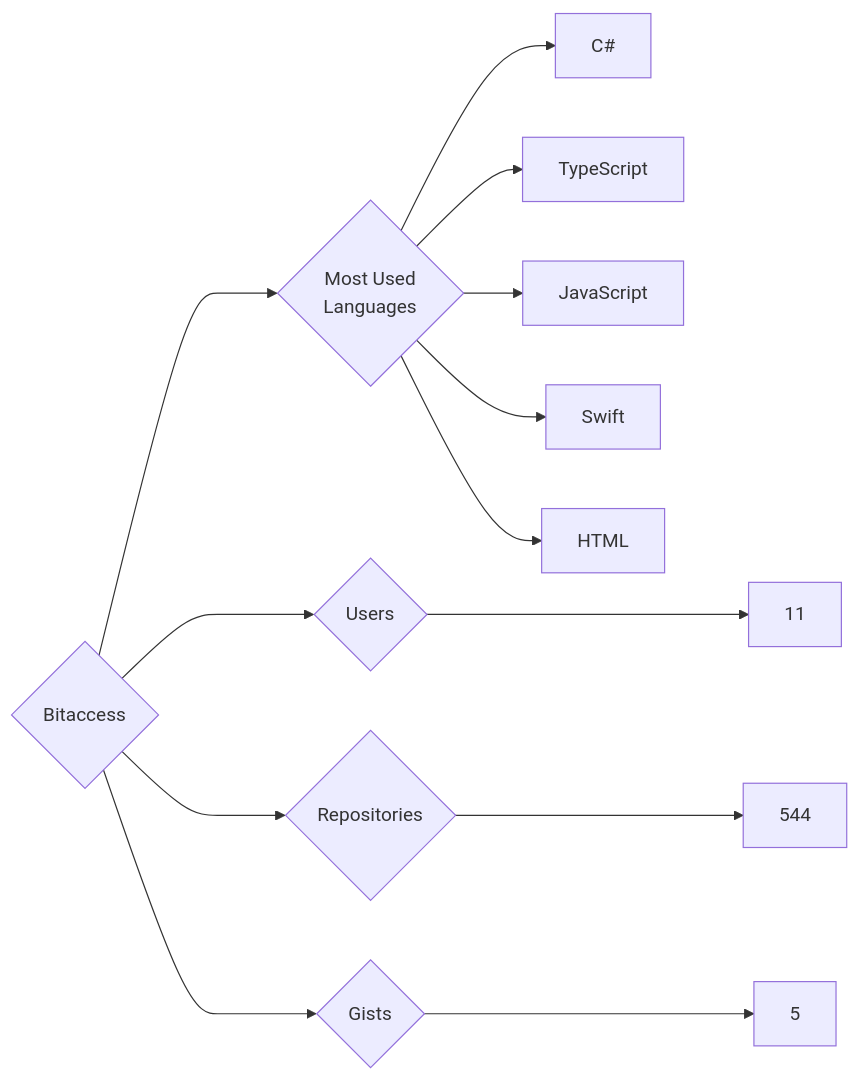
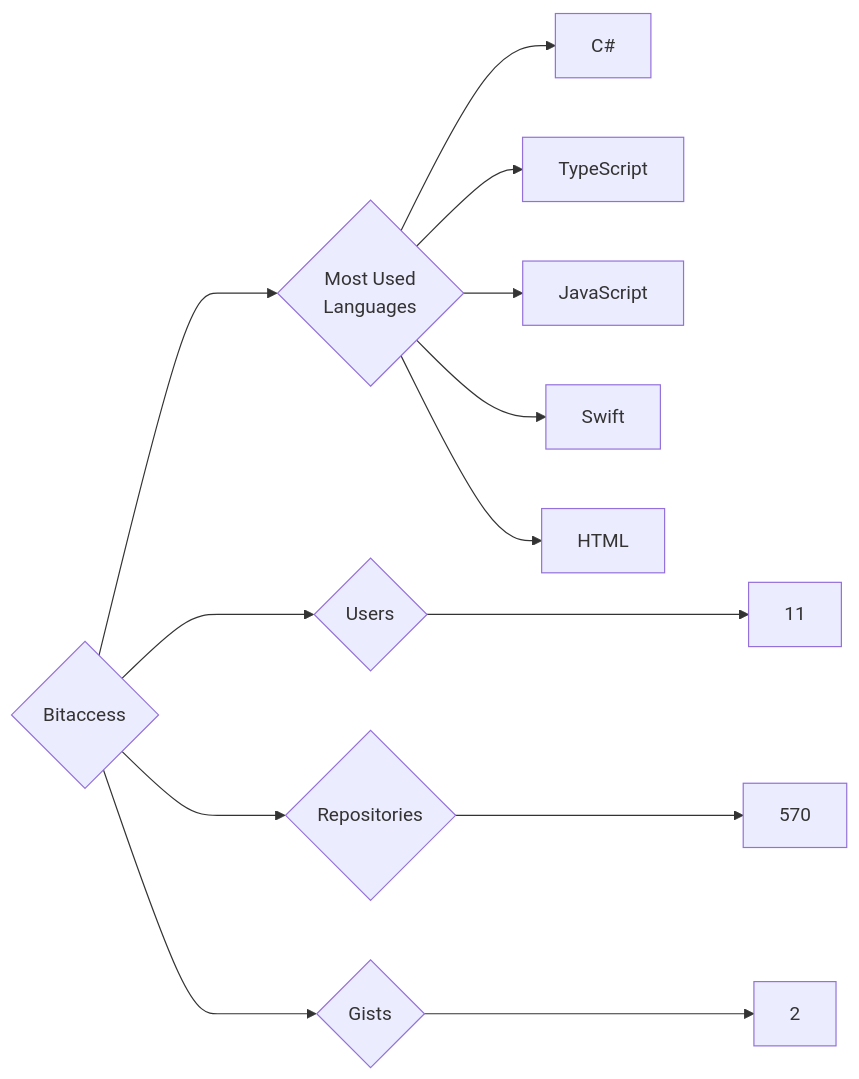
Before and after one commit to trickest/insiders: the diagram in targets/Bitaccess/README.md, drawn with Mermaid. The commit also changed 1055 other files, not shown here.

````diff
--- a/targets/Bitaccess/README.md
+++ b/targets/Bitaccess/README.md
@@ -3,13 +3,13 @@
 ```mermaid
 graph LR
 COMPANY_NAME{Bitaccess}
 COMPANY_NAME ---> U{Users} ---> UN[11]
-COMPANY_NAME ---> R{Repositories} ---> RN[544]
-COMPANY_NAME ---> G{Gists} ---> GN[5]
+COMPANY_NAME ---> R{Repositories} ---> RN[570]
+COMPANY_NAME ---> G{Gists} ---> GN[2]
 COMPANY_NAME ---> ML{Most Used<br>Languages}
 ML --> C#[C#]
 ML --> TypeScript[TypeScript]
 ML --> JavaScript[JavaScript]
 ML --> Swift[Swift]
 ML --> HTML[HTML]
 ```
````
